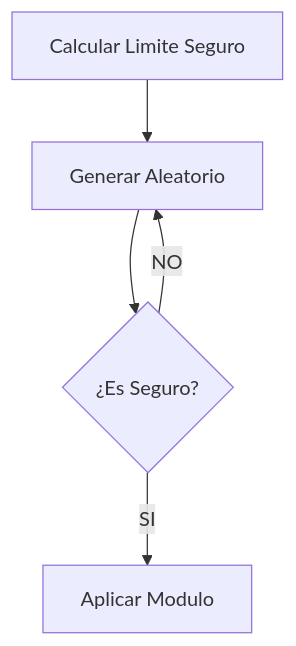
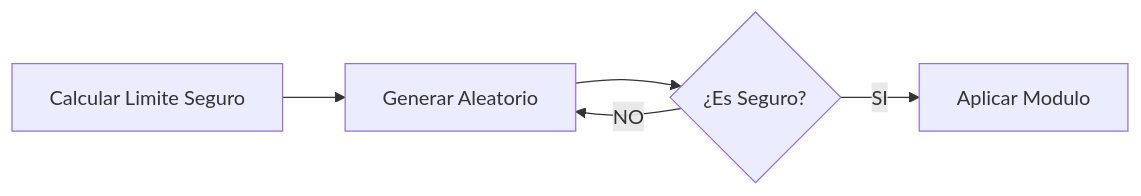
One commit to ELmoliii/blog-tecnology changed the third of 3 diagrams in content/generator-password-en.md. Above: the diagram before and after it, drawn with Mermaid. The commit also changed other lines of this file and 2 other files, not shown here.

Commit message:
feat: add Mermaid diagram component with theming and responsiveness, and new blog posts on secure password generation in English and Spanish.

````diff
--- a/content/generator-password-en.md
+++ b/content/generator-password-en.md
@@ -89,8 +89,7 @@
 ```mermaid
-graph TD
+graph LR
     B[Calcular Limite Seguro] --> C[Generar Aleatorio]
     C --> D{¿Es Seguro?}
     D -- SI --> E[Aplicar Modulo]
     D -- NO --> C
-
 ```
````
